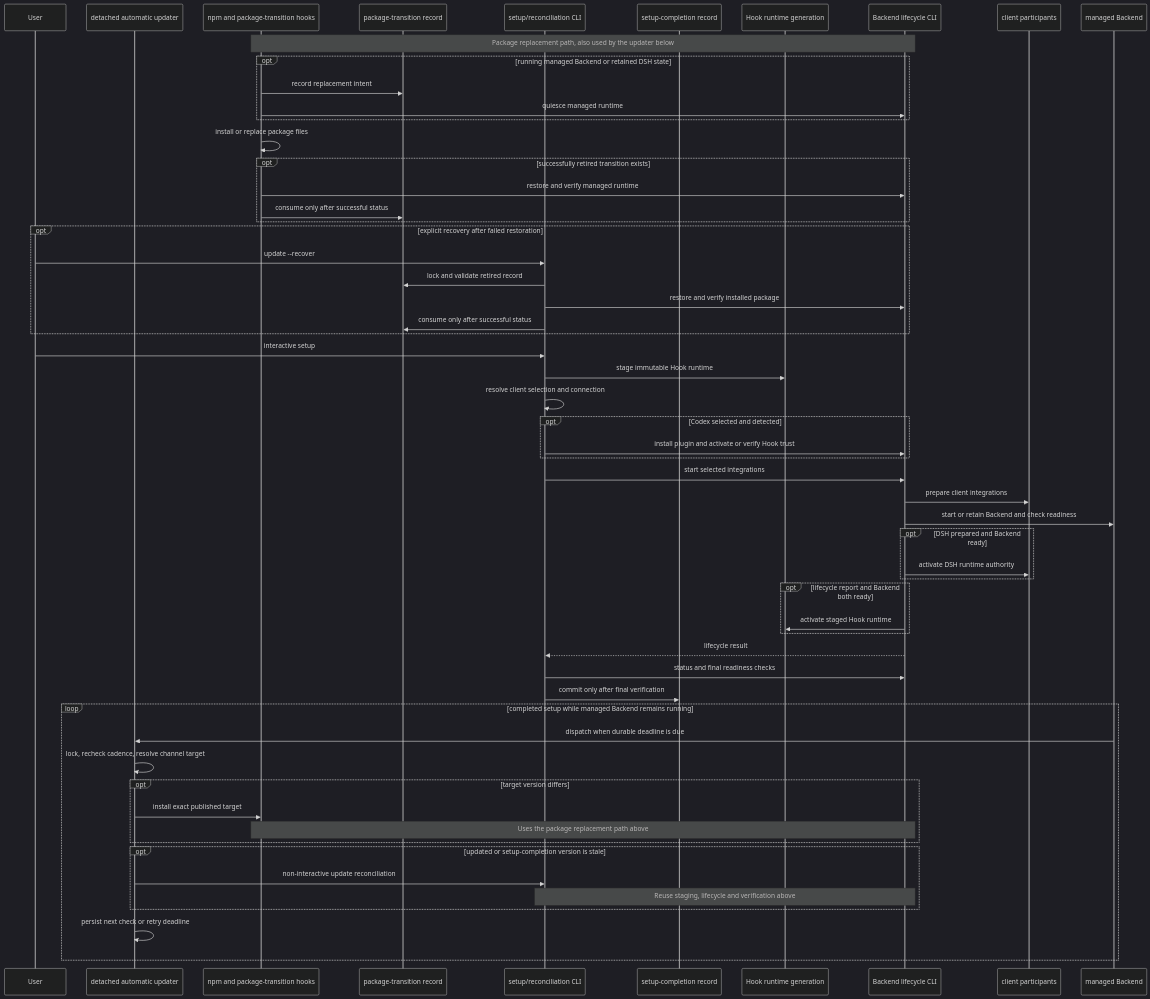
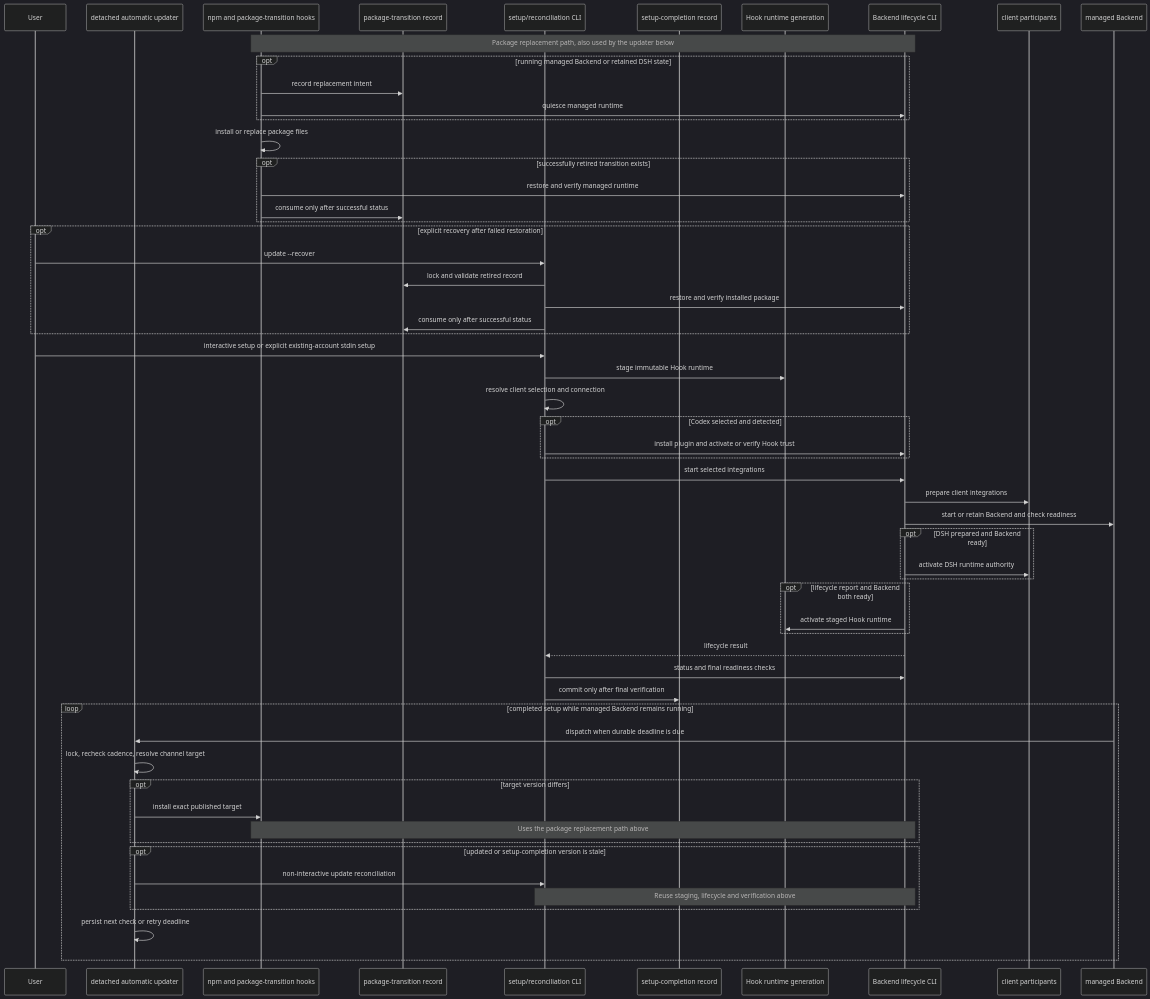
One commit to SimonEskildse/memorax-code changed the second of 7 diagrams in ARCHITECTURE.md. Above: the diagram before and after it, drawn with Mermaid (dark theme). The commit also changed other lines of this file and 16 other files, not shown here.

Commit message:
feat:(setup) support non-interactive existing-account installation

````diff
--- a/ARCHITECTURE.md
+++ b/ARCHITECTURE.md
@@ -213,63 +213,63 @@
 ```mermaid
 sequenceDiagram
   participant User
   participant Update as detached automatic updater
   participant NPM as npm and package-transition hooks
   participant Transition as package-transition record
   participant Setup as setup/reconciliation CLI
   participant Completion as setup-completion record
   participant Generation as Hook runtime generation
   participant Lifecycle as Backend lifecycle CLI
   participant Participants as client participants
   participant Service as managed Backend
 
   Note over NPM,Lifecycle: Package replacement path, also used by the updater below
   opt running managed Backend or retained DSH state
     NPM->>Transition: record replacement intent
     NPM->>Lifecycle: quiesce managed runtime
   end
   NPM->>NPM: install or replace package files
   opt successfully retired transition exists
     NPM->>Lifecycle: restore and verify managed runtime
     NPM->>Transition: consume only after successful status
   end
   opt explicit recovery after failed restoration
     User->>Setup: update --recover
     Setup->>Transition: lock and validate retired record
     Setup->>Lifecycle: restore and verify installed package
     Setup->>Transition: consume only after successful status
   end
 
-  User->>Setup: interactive setup
+  User->>Setup: interactive setup or explicit existing-account stdin setup
   Setup->>Generation: stage immutable Hook runtime
   Setup->>Setup: resolve client selection and connection
   opt Codex selected and detected
     Setup->>Lifecycle: install plugin and activate or verify Hook trust
   end
   Setup->>Lifecycle: start selected integrations
   Lifecycle->>Participants: prepare client integrations
   Lifecycle->>Service: start or retain Backend and check readiness
   opt DSH prepared and Backend ready
     Lifecycle->>Participants: activate DSH runtime authority
   end
   opt lifecycle report and Backend both ready
     Lifecycle->>Generation: activate staged Hook runtime
   end
   Lifecycle-->>Setup: lifecycle result
   Setup->>Lifecycle: status and final readiness checks
   Setup->>Completion: commit only after final verification
 
   loop completed setup while managed Backend remains running
     Service->>Update: dispatch when durable deadline is due
     Update->>Update: lock, recheck cadence, resolve channel target
     opt target version differs
       Update->>NPM: install exact published target
       Note over NPM,Lifecycle: Uses the package replacement path above
     end
     opt updated or setup-completion version is stale
       Update->>Setup: non-interactive update reconciliation
       Note over Setup,Lifecycle: Reuse staging, lifecycle and verification above
     end
     Update->>Update: persist next check or retry deadline
   end
 ```
````
